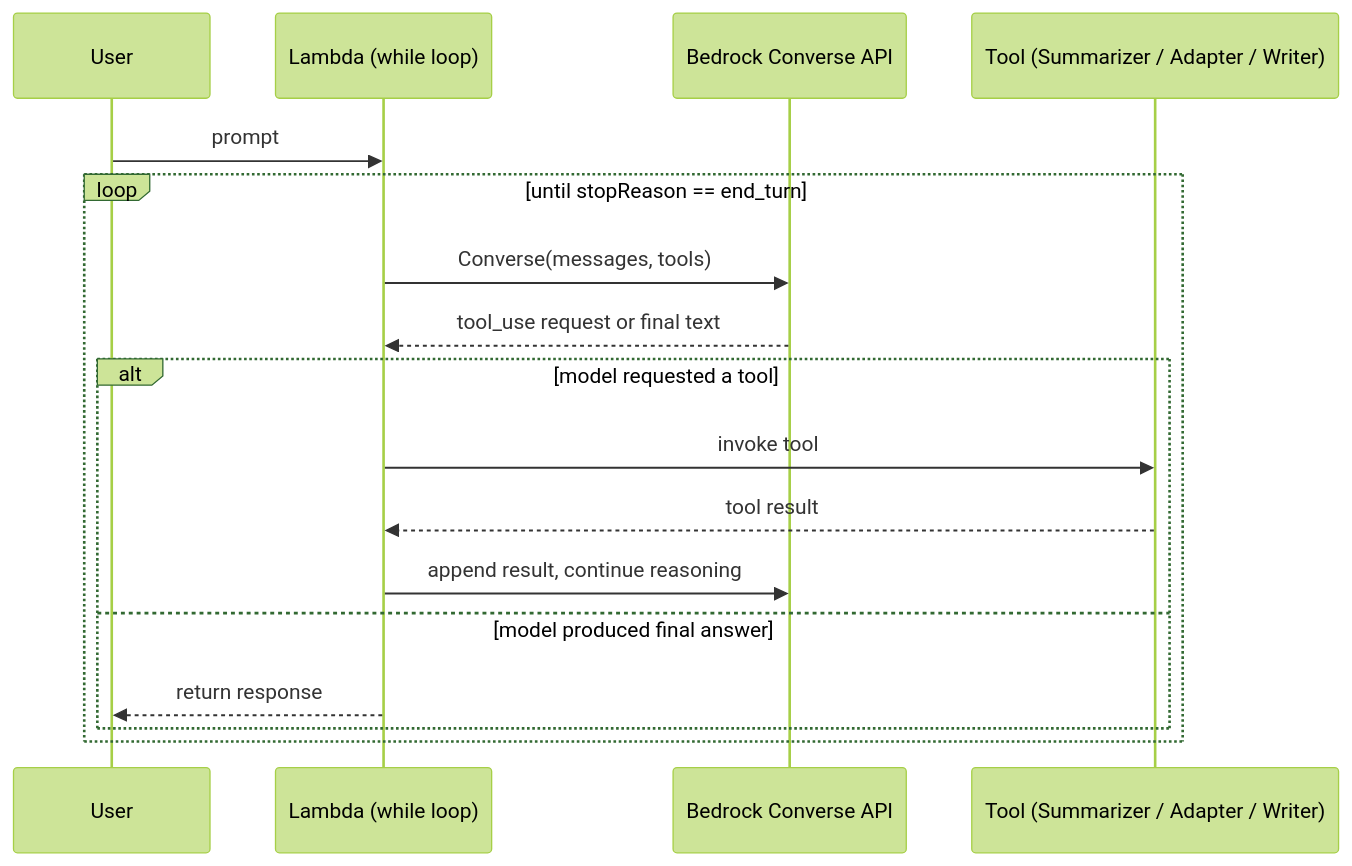
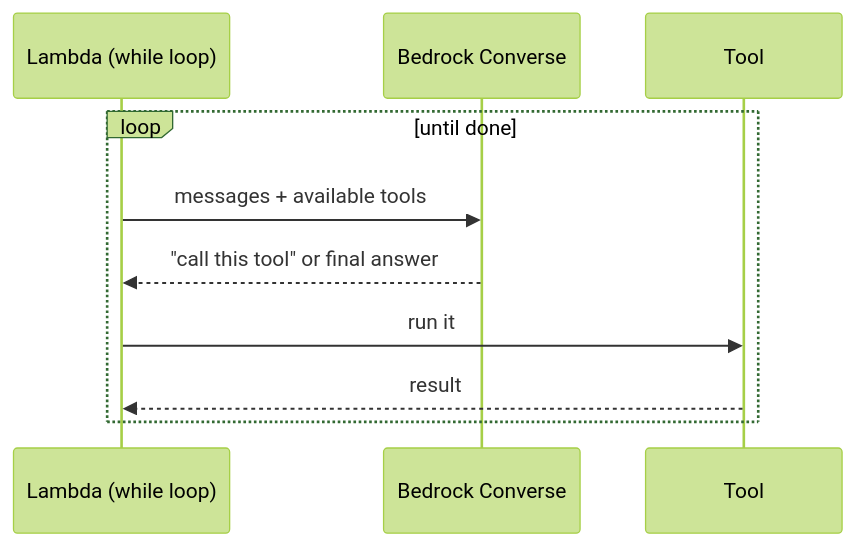
The third of 4 diagrams in README.md (mayukataoka/agentic-ai-workflows), drawn with Mermaid (forest theme) before and after one commit. The commit also changed other lines of this file, not shown here.

First line of the commit message:
Simplify README: lead with diagrams, cut duplicate explanation

````diff
--- a/README.md
+++ b/README.md
@@ -83,20 +64,13 @@
 ```mermaid
 sequenceDiagram
-    participant U as User
     participant L as Lambda (while loop)
-    participant B as Bedrock Converse API
-    participant T as Tool (Summarizer / Adapter / Writer)
+    participant B as Bedrock Converse
+    participant T as Tool
 
-    U->>L: prompt
-    loop until stopReason == end_turn
-        L->>B: Converse(messages, tools)
-        B-->>L: tool_use request or final text
-        alt model requested a tool
-            L->>T: invoke tool
-            T-->>L: tool result
-            L->>B: append result, continue reasoning
-        else model produced final answer
-            L-->>U: return response
-        end
+    loop until done
+        L->>B: messages + available tools
+        B-->>L: "call this tool" or final answer
+        L->>T: run it
+        T-->>L: result
     end
 ```
````
